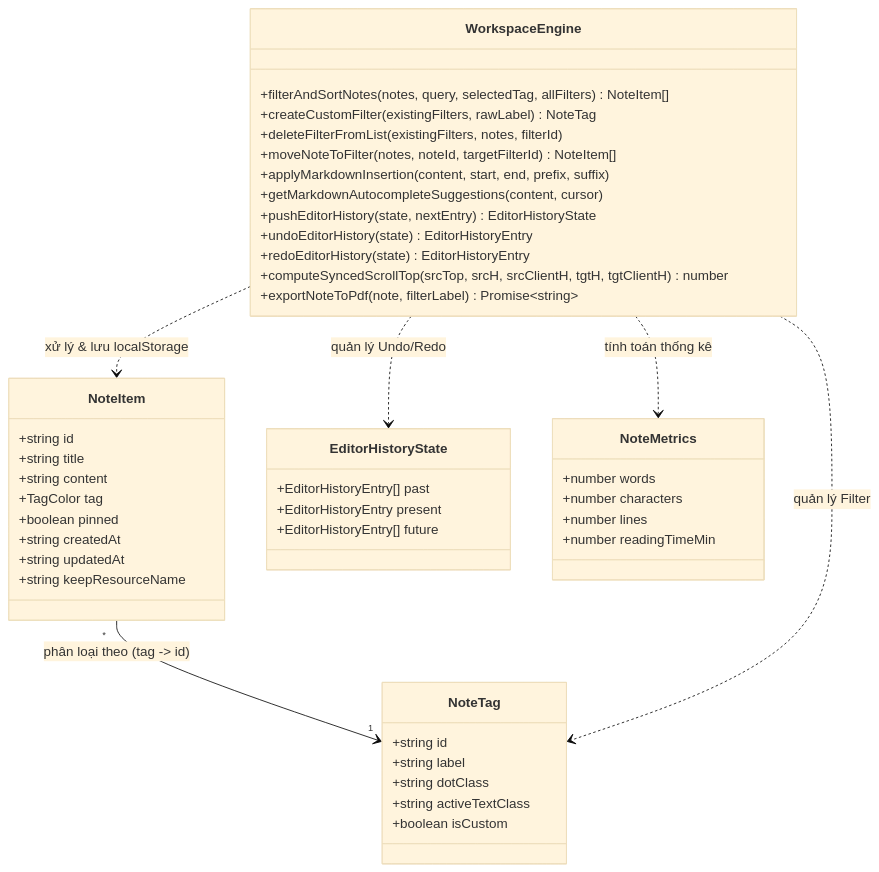
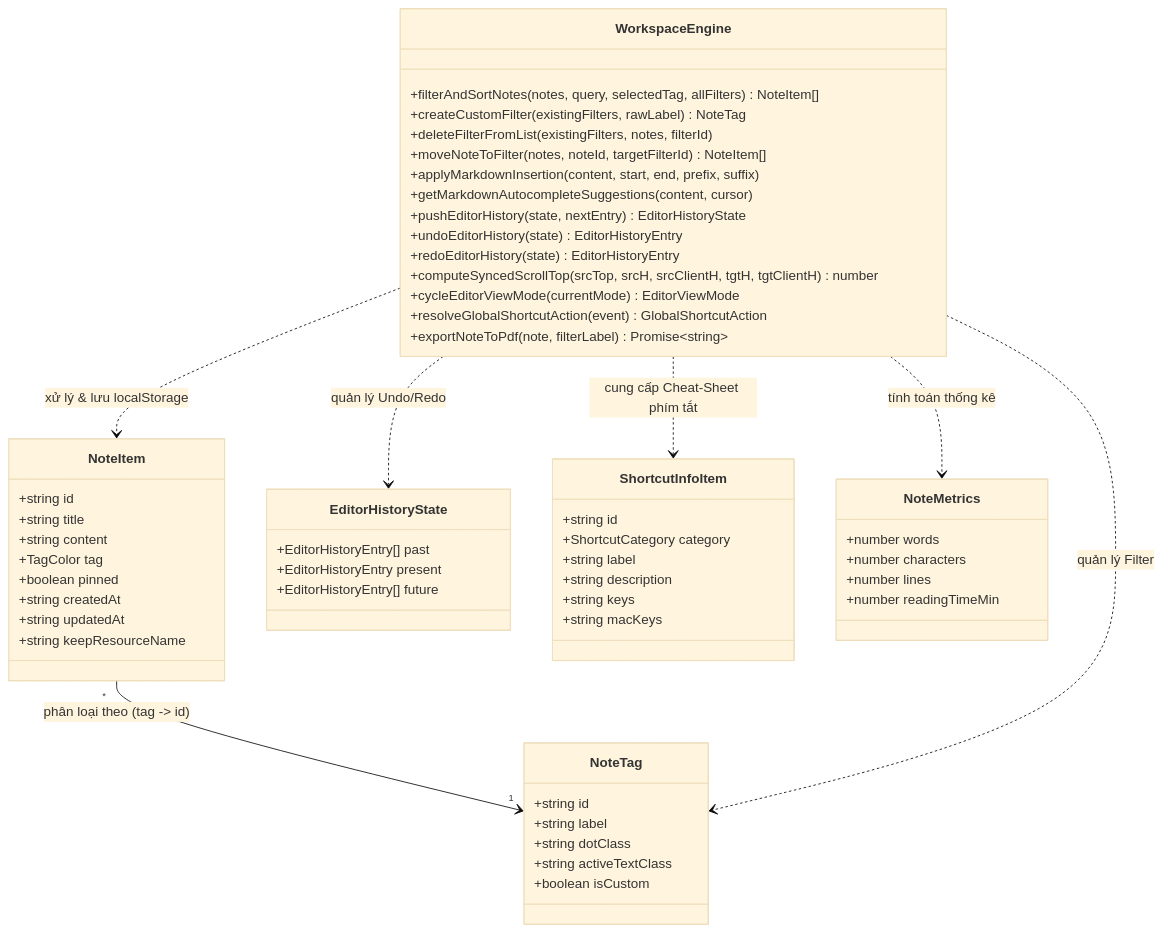
Before and after one commit to taro1026205/VibeNotes: the second of 2 diagrams in README.md, drawn with Mermaid (base theme). The commit also changed other lines of this file and 15 other files, not shown here.

````diff
--- a/README.md
+++ b/README.md
@@ -62,54 +65,66 @@
 ```mermaid
 classDiagram
     class NoteItem {
         +string id
         +string title
         +string content
         +TagColor tag
         +boolean pinned
         +string createdAt
         +string updatedAt
         +string keepResourceName
     }
 
     class NoteTag {
         +string id
         +string label
         +string dotClass
         +string activeTextClass
         +boolean isCustom
     }
 
     class EditorHistoryState {
         +EditorHistoryEntry[] past
         +EditorHistoryEntry present
         +EditorHistoryEntry[] future
     }
 
+    class ShortcutInfoItem {
+        +string id
+        +ShortcutCategory category
+        +string label
+        +string description
+        +string keys
+        +string macKeys
+    }
+
     class NoteMetrics {
         +number words
         +number characters
         +number lines
         +number readingTimeMin
     }
 
     class WorkspaceEngine {
         +filterAndSortNotes(notes, query, selectedTag, allFilters) NoteItem[]
         +createCustomFilter(existingFilters, rawLabel) NoteTag
         +deleteFilterFromList(existingFilters, notes, filterId)
         +moveNoteToFilter(notes, noteId, targetFilterId) NoteItem[]
         +applyMarkdownInsertion(content, start, end, prefix, suffix)
         +getMarkdownAutocompleteSuggestions(content, cursor)
         +pushEditorHistory(state, nextEntry) EditorHistoryState
         +undoEditorHistory(state) EditorHistoryEntry
         +redoEditorHistory(state) EditorHistoryEntry
         +computeSyncedScrollTop(srcTop, srcH, srcClientH, tgtH, tgtClientH) number
+        +cycleEditorViewMode(currentMode) EditorViewMode
+        +resolveGlobalShortcutAction(event) GlobalShortcutAction
         +exportNoteToPdf(note, filterLabel) Promise~string~
     }
 
     NoteItem "*" --> "1" NoteTag : phân loại theo (tag -> id)
     WorkspaceEngine ..> NoteItem : xử lý & lưu localStorage
     WorkspaceEngine ..> NoteTag : quản lý Filter
     WorkspaceEngine ..> EditorHistoryState : quản lý Undo/Redo
+    WorkspaceEngine ..> ShortcutInfoItem : cung cấp Cheat-Sheet phím tắt
     WorkspaceEngine ..> NoteMetrics : tính toán thống kê
 ```
````
